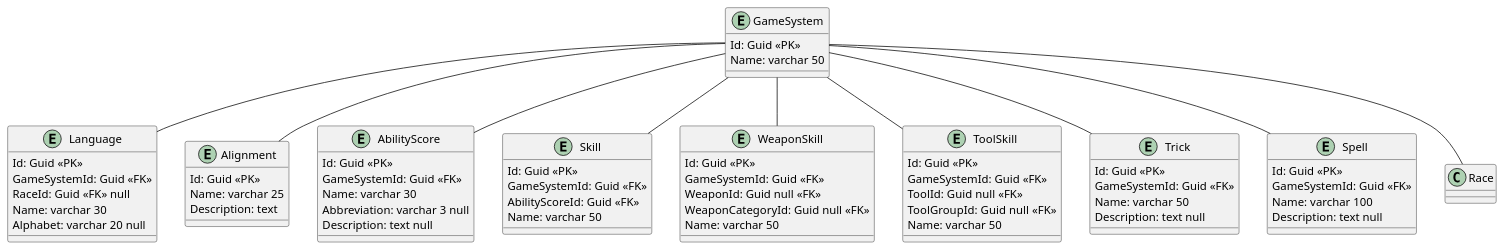
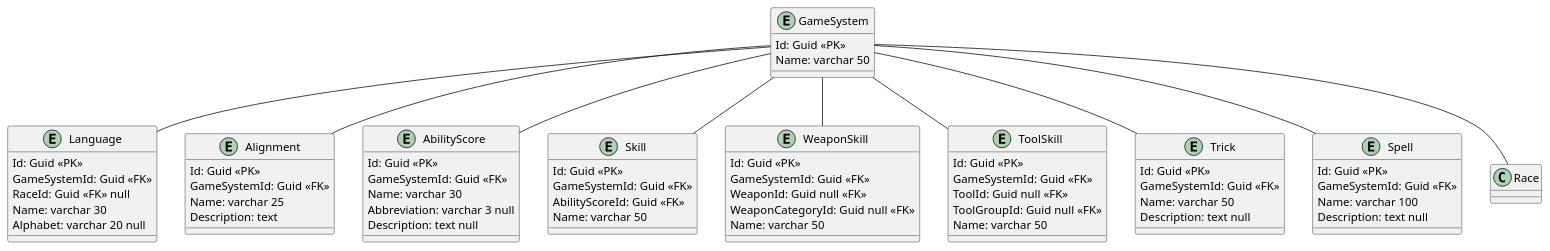
One commit to LucasZottis/RPGManager changed the diagram in Diagrams/General_Diagram.puml. Above: the diagram before and after it, drawn with PlantUML. The commit also changed 103 other files, not shown here.

```diff
--- a/Diagrams/General_Diagram.puml
+++ b/Diagrams/General_Diagram.puml
@@ -1,75 +1,76 @@
 @startuml General
 entity GameSystem {
     Id: Guid <<PK>>
     Name: varchar 50
 }
 
 entity Language {
     Id: Guid <<PK>>
     GameSystemId: Guid <<FK>>
     RaceId: Guid <<FK>> null
     Name: varchar 30
     Alphabet: varchar 20 null
 }
 
 entity Alignment {
     Id: Guid <<PK>>
+    GameSystemId: Guid <<FK>>
     Name: varchar 25
     Description: text
 }
 
 entity AbilityScore {
     Id: Guid <<PK>>
     GameSystemId: Guid <<FK>>
     Name: varchar 30
     Abbreviation: varchar 3 null
     Description: text null
 }
 
 entity Skill {
     Id: Guid <<PK>>
     GameSystemId: Guid <<FK>>
     AbilityScoreId: Guid <<FK>>
     Name: varchar 50
 }
 
 entity WeaponSkill {
     Id: Guid <<PK>>
     GameSystemId: Guid <<FK>>
     WeaponId: Guid null <<FK>>
     WeaponCategoryId: Guid null <<FK>>
     Name: varchar 50
 }
 
 entity ToolSkill {
     Id: Guid <<PK>>
     GameSystemId: Guid <<FK>>
     ToolId: Guid null <<FK>>
     ToolGroupId: Guid null <<FK>>
     Name: varchar 50
 }
 
 entity Trick {
     Id: Guid <<PK>>
     GameSystemId: Guid <<FK>>
     Name: varchar 50
     Description: text null
 }
 
 entity Spell {
     Id: Guid <<PK>>
     GameSystemId: Guid <<FK>>
     Name: varchar 100
     Description: text null
 }
 
 GameSystem -- Race
 GameSystem -- Language
 GameSystem -- AbilityScore
 GameSystem -- Alignment
 GameSystem -- Skill
 GameSystem -- WeaponSkill
 GameSystem -- ToolSkill
 GameSystem -- Trick
 GameSystem -- Spell
 @enduml
```
